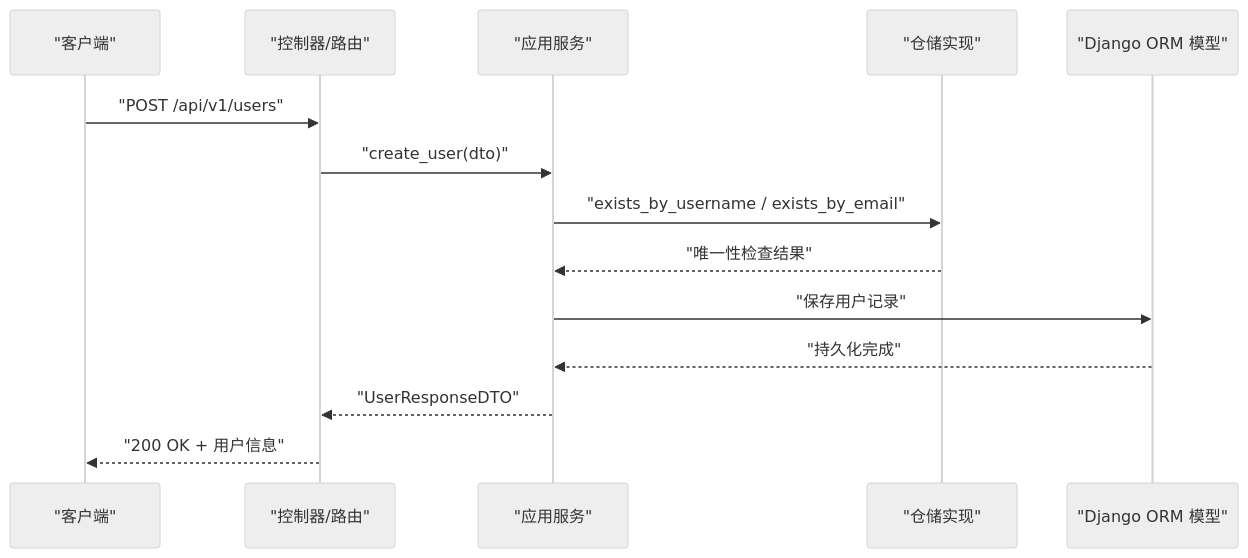
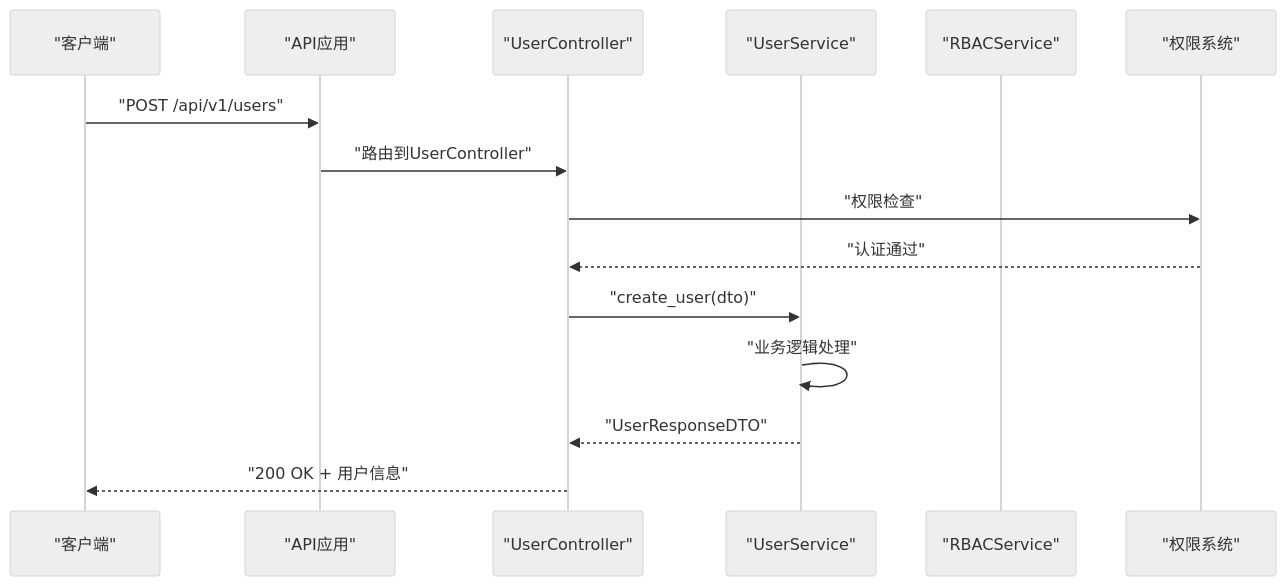
Before and after one commit to taoweidong/Hello-Django-Ninja-Api: the second of 7 diagrams in .qoder/repowiki/zh/content/API 接口文档/用户管理接口.md, drawn with Mermaid (neutral theme). The commit also changed other lines of this file and 7 other files, not shown here.

````diff
--- a/.qoder/repowiki/zh/content/API 接口文档/用户管理接口.md
+++ b/.qoder/repowiki/zh/content/API 接口文档/用户管理接口.md
@@ -130,16 +167,17 @@
 ```mermaid
 sequenceDiagram
 participant C as "客户端"
-participant R as "控制器/路由"
-participant S as "应用服务"
-participant P as "仓储实现"
-participant M as "Django ORM 模型"
-C->>R : "POST /api/v1/users"
-R->>S : "create_user(dto)"
-S->>P : "exists_by_username / exists_by_email"
-P-->>S : "唯一性检查结果"
-S->>M : "保存用户记录"
-M-->>S : "持久化完成"
-S-->>R : "UserResponseDTO"
-R-->>C : "200 OK + 用户信息"
+participant AC as "API应用"
+participant UC as "UserController"
+participant US as "UserService"
+participant RS as "RBACService"
+participant P as "权限系统"
+C->>AC : "POST /api/v1/users"
+AC->>UC : "路由到UserController"
+UC->>P : "权限检查"
+P-->>UC : "认证通过"
+UC->>US : "create_user(dto)"
+US->>US : "业务逻辑处理"
+US-->>UC : "UserResponseDTO"
+UC-->>C : "200 OK + 用户信息"
 ```
````
